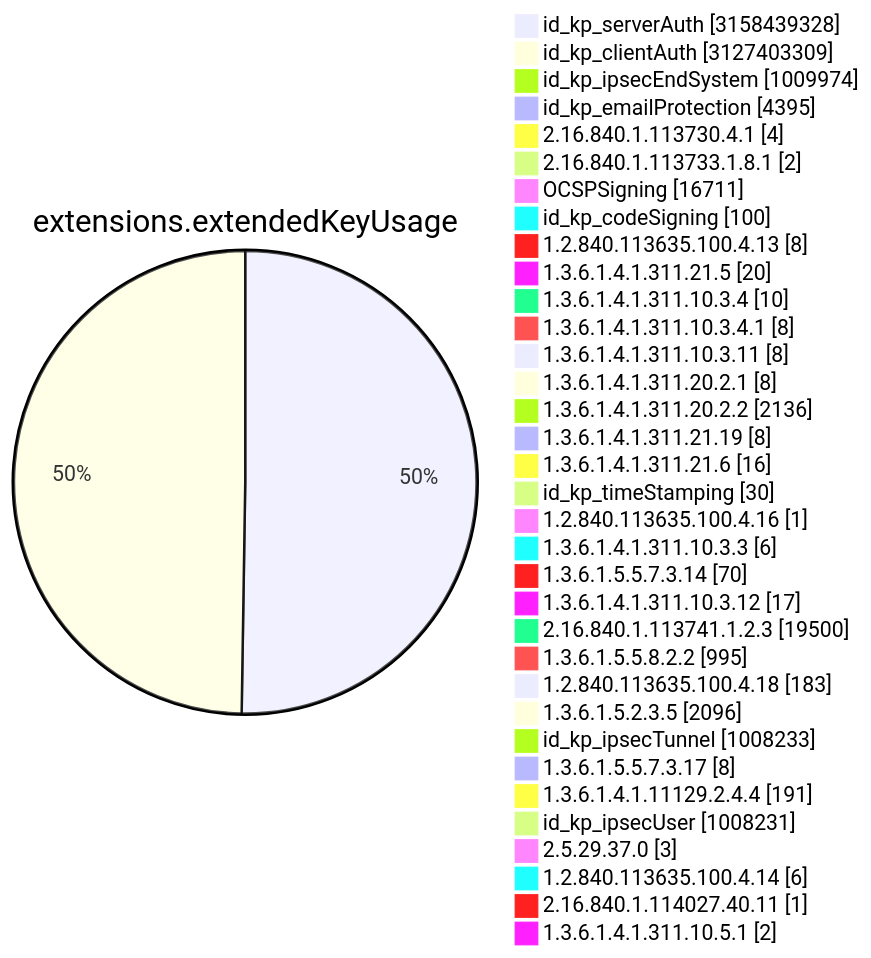
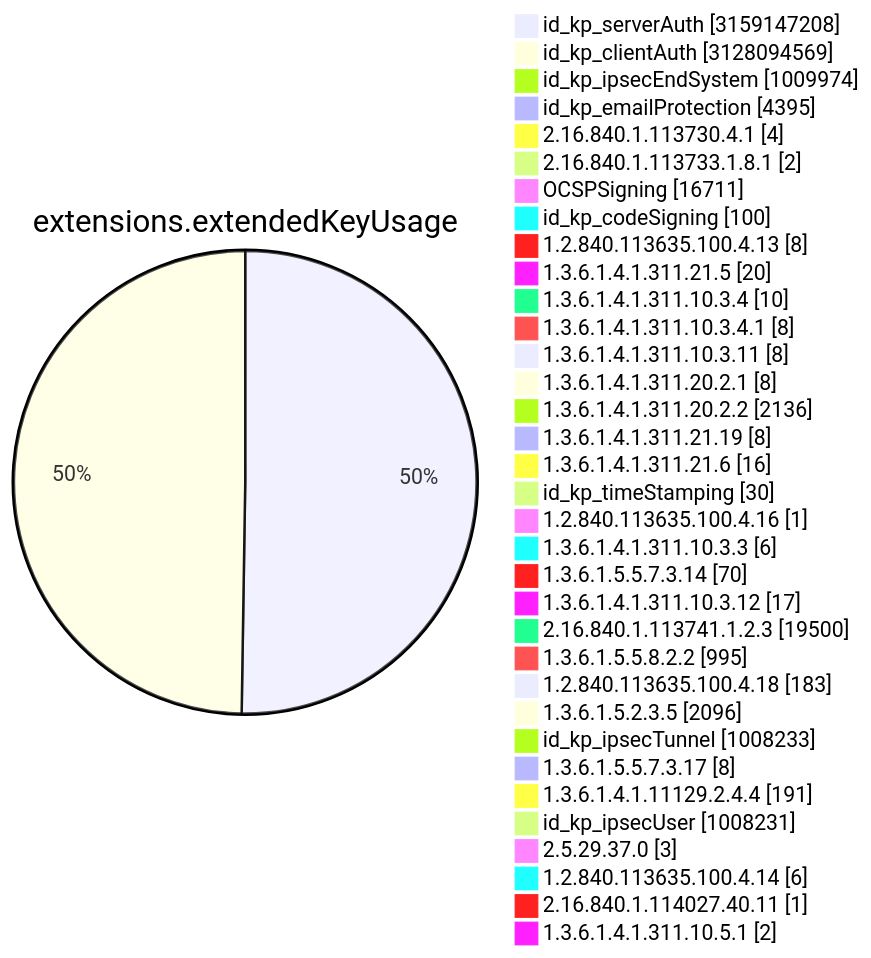
One commit to christiankrug/ctmonitor_visualization changed diagram 11 of 15 in TOTAL/README.md. Above: the diagram before and after it, drawn with Mermaid. The commit also changed other lines of this file, not shown here.

````diff
--- a/TOTAL/README.md
+++ b/TOTAL/README.md
@@ -4119,38 +4119,38 @@
 ```mermaid
 pie showData
 title extensions.extendedKeyUsage
-"id_kp_serverAuth" :3158439328
-"id_kp_clientAuth" :3127403309
+"id_kp_serverAuth" :3159147208
+"id_kp_clientAuth" :3128094569
 "id_kp_ipsecEndSystem" :1009974
 "id_kp_emailProtection" :4395
 "2.16.840.1.113730.4.1" :4
 "2.16.840.1.113733.1.8.1" :2
 "OCSPSigning" :16711
 "id_kp_codeSigning" :100
 "1.2.840.113635.100.4.13" :8
 "1.3.6.1.4.1.311.21.5" :20
 "1.3.6.1.4.1.311.10.3.4" :10
 "1.3.6.1.4.1.311.10.3.4.1" :8
 "1.3.6.1.4.1.311.10.3.11" :8
 "1.3.6.1.4.1.311.20.2.1" :8
 "1.3.6.1.4.1.311.20.2.2" :2136
 "1.3.6.1.4.1.311.21.19" :8
 "1.3.6.1.4.1.311.21.6" :16
 "id_kp_timeStamping" :30
 "1.2.840.113635.100.4.16" :1
 "1.3.6.1.4.1.311.10.3.3" :6
 "1.3.6.1.5.5.7.3.14" :70
 "1.3.6.1.4.1.311.10.3.12" :17
 "2.16.840.1.113741.1.2.3" :19500
 "1.3.6.1.5.5.8.2.2" :995
 "1.2.840.113635.100.4.18" :183
 "1.3.6.1.5.2.3.5" :2096
 "id_kp_ipsecTunnel" :1008233
 "1.3.6.1.5.5.7.3.17" :8
 "1.3.6.1.4.1.11129.2.4.4" :191
 "id_kp_ipsecUser" :1008231
 "2.5.29.37.0" :3
 "1.2.840.113635.100.4.14" :6
 "2.16.840.1.114027.40.11" :1
 "1.3.6.1.4.1.311.10.5.1" :2
 ```
````
